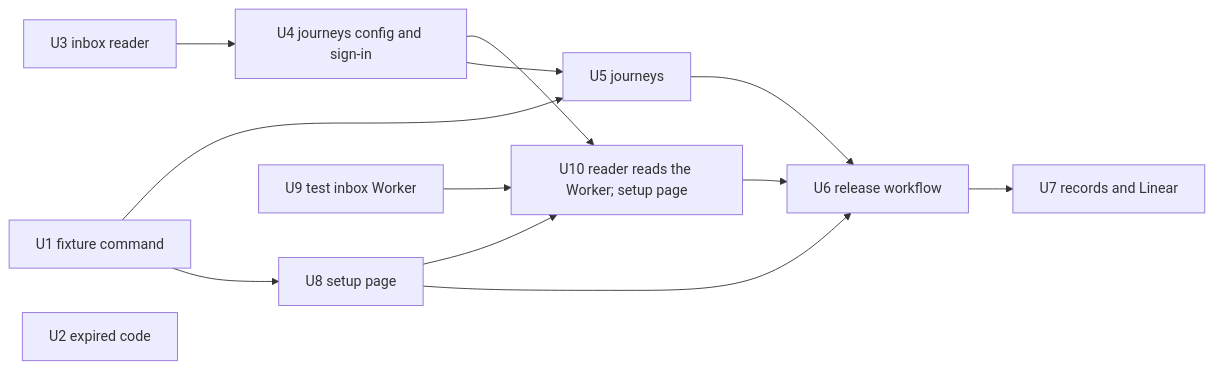
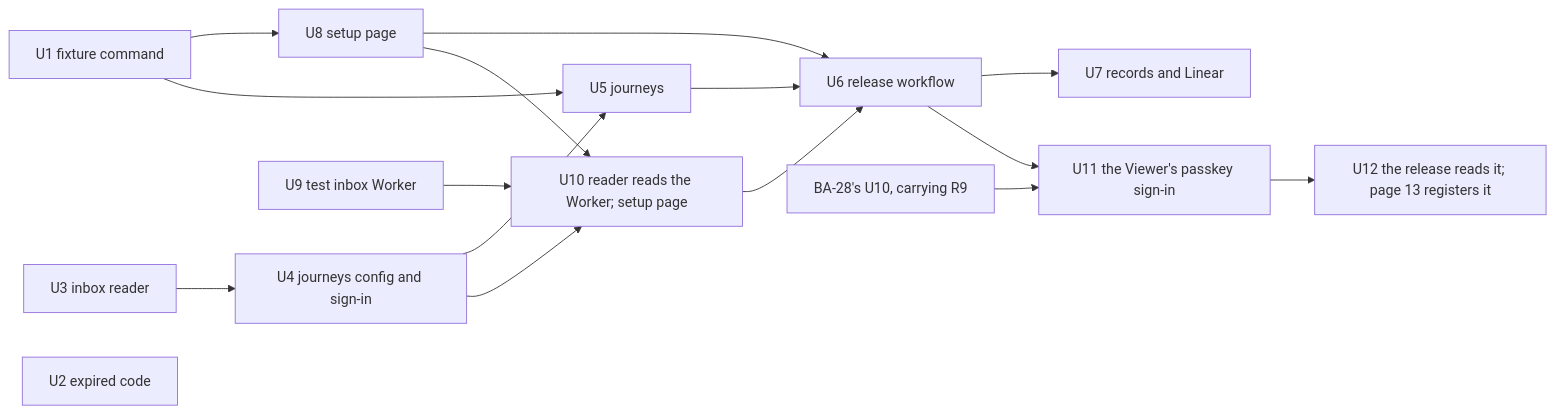
Before and after one commit to betteranswers/better-answers: the sixth of 6 diagrams in docs/plans/2026-10-02-1625-feat-signed-in-journeys-in-production-plan.md, drawn with Mermaid. The commit also changed other lines of this file, not shown here.

First line of the commit message:
docs: plan the test viewer's passkey journey, with r9 shipping inside ba-28's u10

````diff
--- a/docs/plans/2026-10-02-1625-feat-signed-in-journeys-in-production-plan.md
+++ b/docs/plans/2026-10-02-1625-feat-signed-in-journeys-in-production-plan.md
@@ -393,15 +423,18 @@
 ```mermaid
 flowchart LR
   U1[U1 fixture command] --> U8[U8 setup page]
   U1 --> U5[U5 journeys]
   U3[U3 inbox reader] --> U4[U4 journeys config and sign-in]
   U4 --> U5
   U5 --> U6[U6 release workflow]
   U8 --> U6
   U9[U9 test inbox Worker] --> U10[U10 reader reads the Worker; setup page]
   U4 --> U10
   U8 --> U10
   U10 --> U6
   U2[U2 expired code]
   U6 --> U7[U7 records and Linear]
+  BA28[BA-28's U10, carrying R9] --> U11[U11 the Viewer's passkey sign-in]
+  U6 --> U11
+  U11 --> U12[U12 the release reads it; page 13 registers it]
 ```
````
